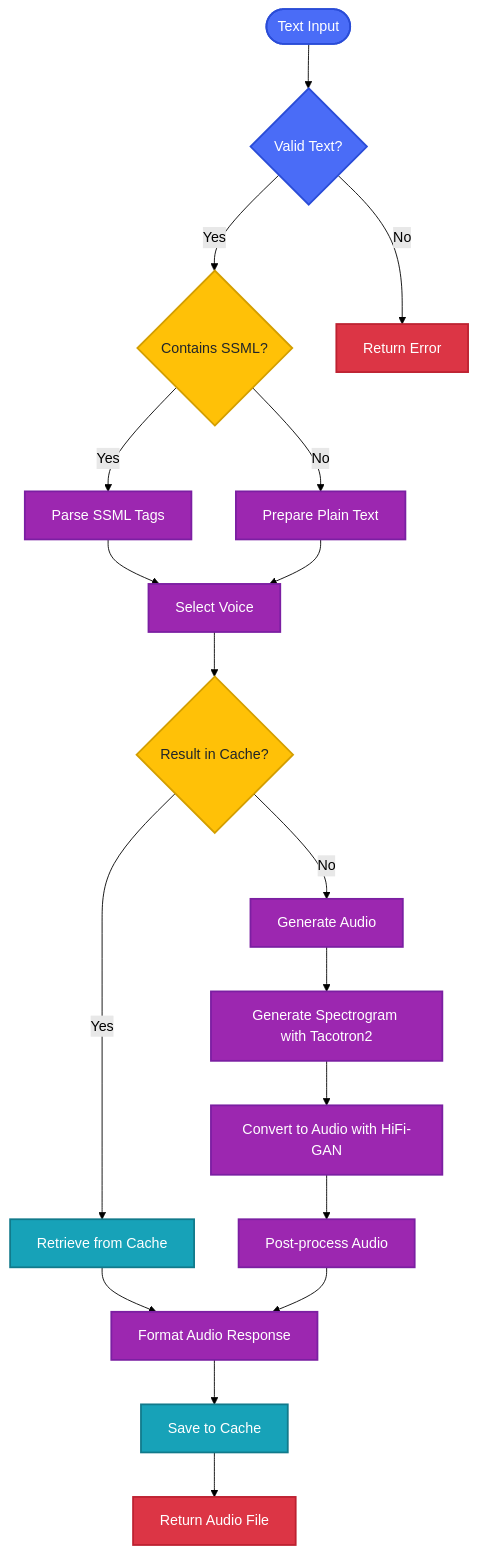
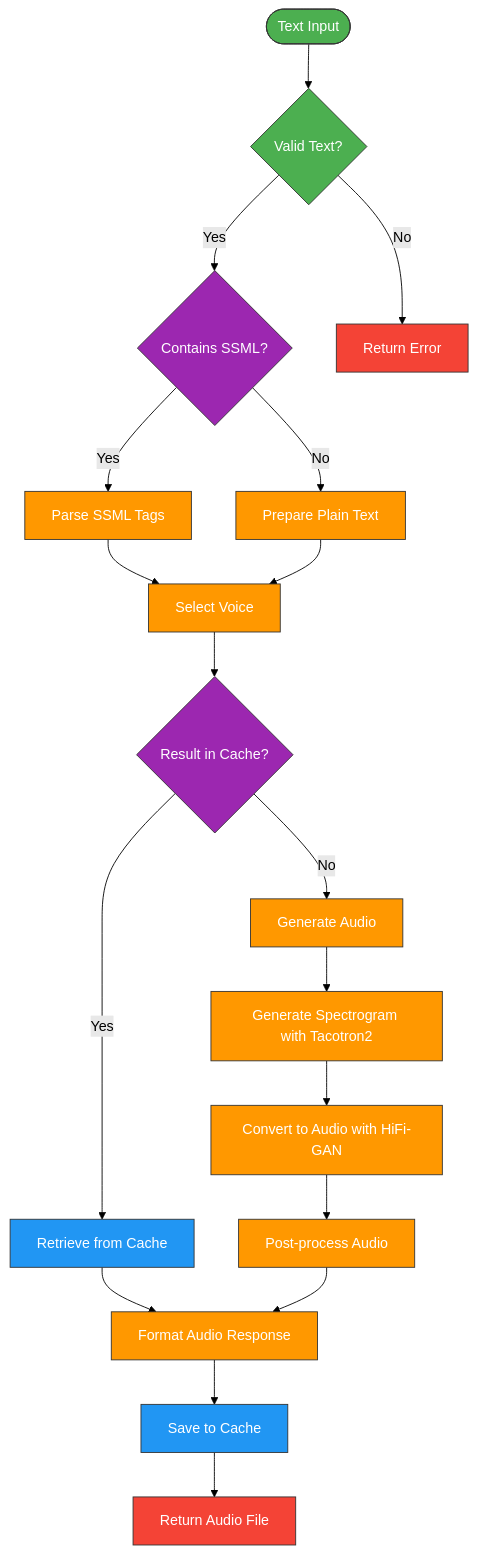
One commit to TuPhung369/Haaga_Backend_Programming changed the fourth of 5 diagrams in TuPhung_Docs/docs/backend/speech-processing.md. Above: the diagram before and after it, drawn with Mermaid (forest theme). The commit also changed other lines of this file and 25 other files, not shown here.

````diff
--- a/TuPhung_Docs/docs/backend/speech-processing.md
+++ b/TuPhung_Docs/docs/backend/speech-processing.md
@@ -256,39 +266,45 @@
 ```mermaid
 flowchart TD
     %% Styling
     classDef userAction fill:#4a6cf7,stroke:#2a4cd7,color:white,stroke-width:2px
     classDef apiCall fill:#28a745,stroke:#1e7e34,color:white,stroke-width:2px
     classDef process fill:#9c27b0,stroke:#7b1fa2,color:white,stroke-width:2px
     classDef decision fill:#ffc107,stroke:#d39e00,color:#212529,stroke-width:2px
     classDef storage fill:#17a2b8,stroke:#117a8b,color:white,stroke-width:2px
     classDef output fill:#dc3545,stroke:#bd2130,color:white,stroke-width:2px
 
     %% Main flow
     Start([Text Input]):::userAction --> ValidateText{Valid Text?}:::decision
     ValidateText -->|Yes| CheckSSML{Contains SSML?}:::decision
     ValidateText -->|No| ReturnError[Return Error]:::output
 
     CheckSSML -->|Yes| ParseSSML[Parse SSML Tags]:::process
     CheckSSML -->|No| PrepareText[Prepare Plain Text]:::process
     
     ParseSSML & PrepareText --> SelectVoice[Select Voice]:::process
     SelectVoice --> CheckCache{Result in Cache?}:::decision
     
     CheckCache -->|Yes| GetFromCache[Retrieve from Cache]:::storage
     CheckCache -->|No| GenerateAudio[Generate Audio]:::process
     
     GenerateAudio --> Tacotron[Generate Spectrogram with Tacotron2]:::process
     Tacotron --> HiFiGAN[Convert to Audio with HiFi-GAN]:::process
     HiFiGAN --> PostProcess[Post-process Audio]:::process
     
     GetFromCache & PostProcess --> FormatAudio[Format Audio Response]:::process
     FormatAudio --> SaveToCache[Save to Cache]:::storage
     SaveToCache --> ReturnAudio[Return Audio File]:::output
 
     %% Apply styles
+    classDef userAction fill:#4CAF50,stroke:#333,stroke-width:1px,color:#fff
+    classDef process fill:#FF9800,stroke:#333,stroke-width:1px,color:#fff
+    classDef decision fill:#9C27B0,stroke:#333,stroke-width:1px,color:#fff
+    classDef storage fill:#2196F3,stroke:#333,stroke-width:1px,color:#fff
+    classDef output fill:#F44336,stroke:#333,stroke-width:1px,color:#fff
+    
     class Start,ValidateText userAction
     class ParseSSML,PrepareText,SelectVoice,GenerateAudio,Tacotron,HiFiGAN,PostProcess,FormatAudio process
     class CheckSSML,CheckCache decision
     class GetFromCache,SaveToCache storage
     class ReturnError,ReturnAudio output
 ```
````
